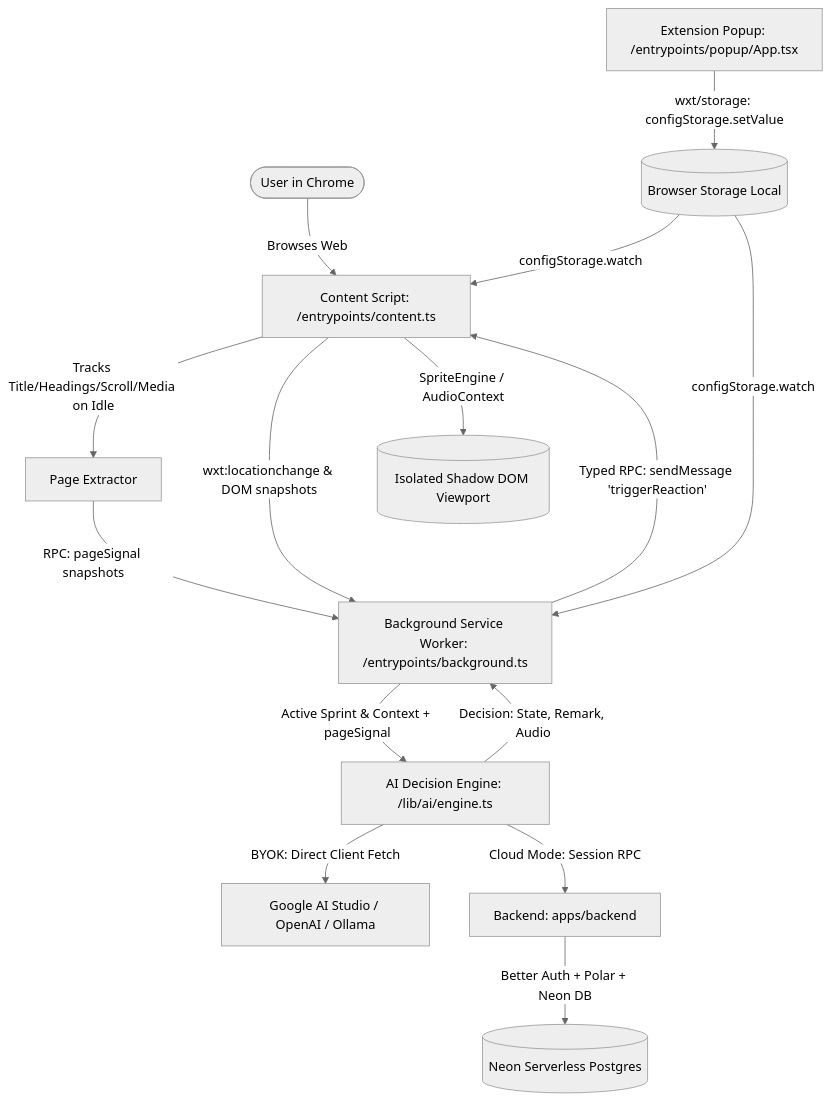
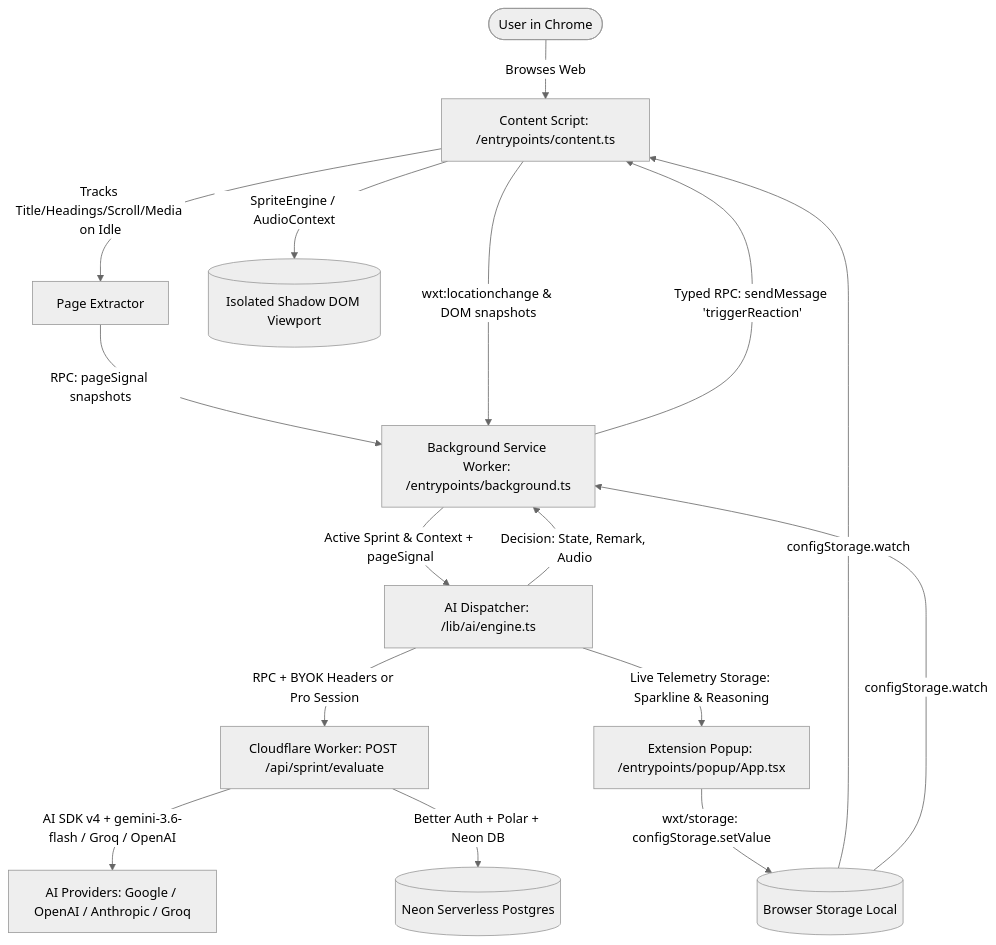
Before and after one commit to marangaa/gremlin: the diagram in docs/ARCHITECTURE.md, drawn with Mermaid (neutral theme). The commit also changed other lines of this file and 46 other files, not shown here.

Commit message:
feat: release v0.1.0 store build, dynamic BYOK model discovery, refined focus telemetry, and companion UX

````diff
--- a/docs/ARCHITECTURE.md
+++ b/docs/ARCHITECTURE.md
@@ -25,20 +25,21 @@
 ```mermaid
 graph TD
     User([User in Chrome]) -->|Browses Web| ContentScript[Content Script: /entrypoints/content.ts]
     ContentScript -->|Tracks Title/Headings/Scroll/Media on Idle| PageExtractor[Page Extractor]
     PageExtractor -->|RPC: pageSignal snapshots| BackgroundSW[Background Service Worker: /entrypoints/background.ts]
     ContentScript -->|wxt:locationchange & DOM snapshots| BackgroundSW
     
     Popup[Extension Popup: /entrypoints/popup/App.tsx] -->|wxt/storage: configStorage.setValue| Storage[(Browser Storage Local)]
     Storage -->|configStorage.watch| ContentScript
     Storage -->|configStorage.watch| BackgroundSW
     
-    BackgroundSW -->|Active Sprint & Context + pageSignal| AIReasoning[AI Decision Engine: /lib/ai/engine.ts]
-    AIReasoning -->|BYOK: Direct Client Fetch| Gemini[Google AI Studio / OpenAI / Ollama]
-    AIReasoning -->|Cloud Mode: Session RPC| EdgeAPI[Backend: apps/backend]
+    BackgroundSW -->|Active Sprint & Context + pageSignal| AIReasoning[AI Dispatcher: /lib/ai/engine.ts]
+    AIReasoning -->|RPC + BYOK Headers or Pro Session| EdgeAPI[Cloudflare Worker: POST /api/sprint/evaluate]
+    EdgeAPI -->|AI SDK v4 + gemini-3.6-flash / Groq / OpenAI| AIProvider[AI Providers: Google / OpenAI / Anthropic / Groq]
+    AIReasoning -->|Live Telemetry Storage: Sparkline & Reasoning| Popup
     EdgeAPI -->|Better Auth + Polar + Neon DB| CloudDB[(Neon Serverless Postgres)]
     
     AIReasoning -->|Decision: State, Remark, Audio| BackgroundSW
     BackgroundSW -->|Typed RPC: sendMessage 'triggerReaction'| ContentScript
     ContentScript -->|SpriteEngine / AudioContext| ShadowDOM[(Isolated Shadow DOM Viewport)]
 ```
````
